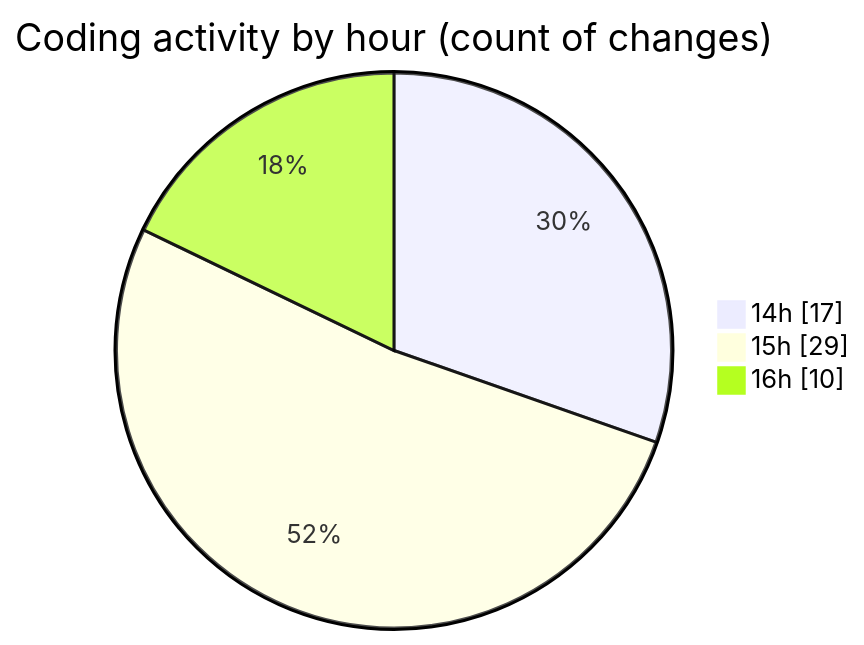
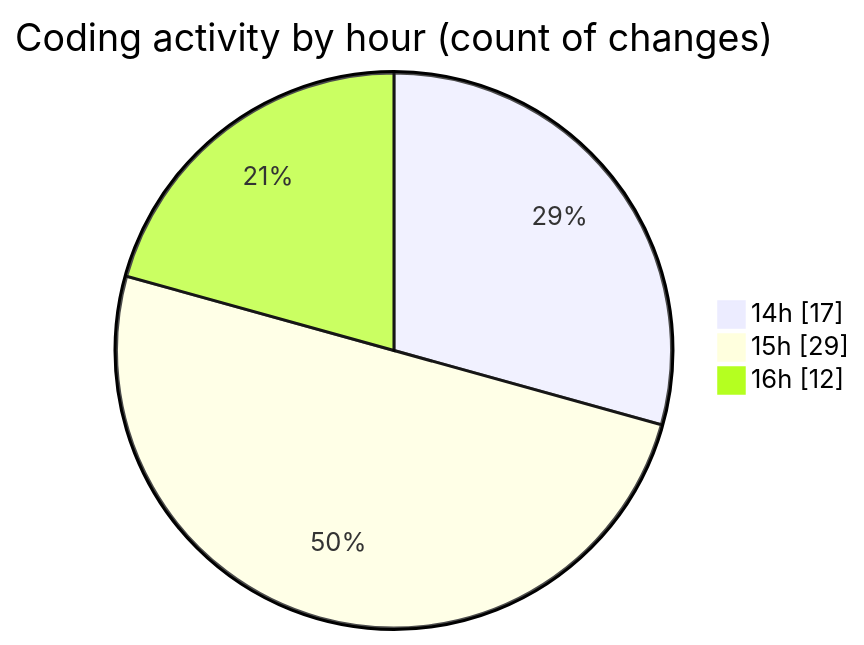
One commit to donsfak/code-tracking changed the second of 2 diagrams in 2025-04-10/trackers_app/README.md. Above: the diagram before and after it, drawn with Mermaid. The commit also changed other lines of this file and 1 other file, not shown here.

````diff
--- a/2025-04-10/trackers_app/README.md
+++ b/2025-04-10/trackers_app/README.md
@@ -45,7 +46,7 @@
 ```mermaid
 pie showData
 title Coding activity by hour (count of changes)
 "14h" : 17
 "15h" : 29
-"16h" : 10
+"16h" : 12
 ```
````
